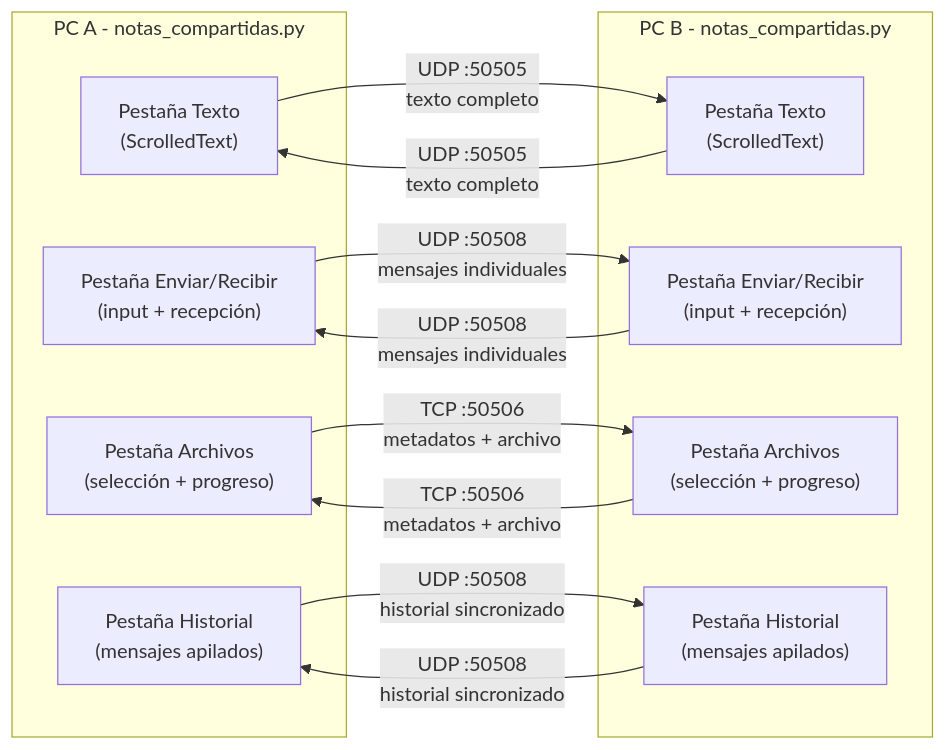
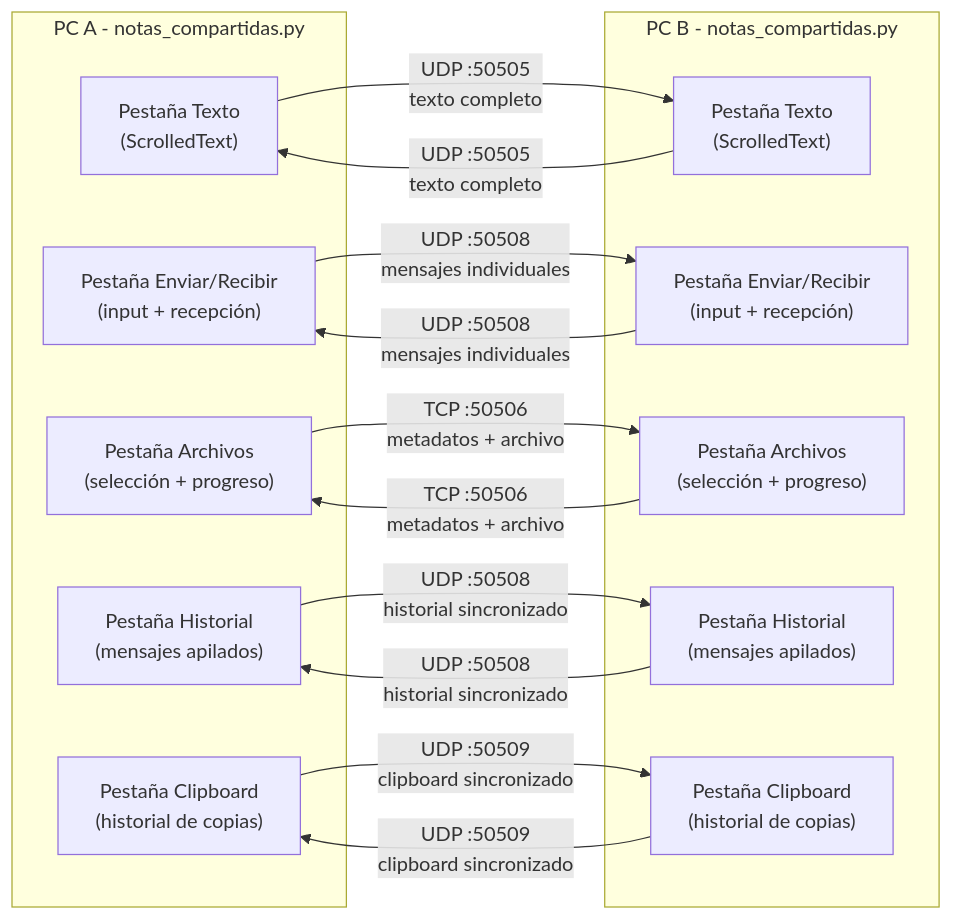
One commit to MauricioBelforte/compartidor-local changed the first of 2 diagrams in DOCUMENTACION/2-DOCUMENTO-DISENO-ACTUAL.md. Above: the diagram before and after it, drawn with Mermaid. The commit also changed other lines of this file and 16 other files, not shown here.

First line of the commit message:
Se implementó historial de clipboard con monitoreo automático

````diff
--- a/DOCUMENTACION/2-DOCUMENTO-DISENO-ACTUAL.md
+++ b/DOCUMENTACION/2-DOCUMENTO-DISENO-ACTUAL.md
@@ -11,23 +12,27 @@
 ```mermaid
 flowchart LR
     subgraph PC_A["PC A - notas_compartidas.py"]
         T1["Pestaña Texto<br/>(ScrolledText)"]
         M1["Pestaña Enviar/Recibir<br/>(input + recepción)"]
         A1["Pestaña Archivos<br/>(selección + progreso)"]
         H1["Pestaña Historial<br/>(mensajes apilados)"]
+        C1["Pestaña Clipboard<br/>(historial de copias)"]
     end
     subgraph PC_B["PC B - notas_compartidas.py"]
         T2["Pestaña Texto<br/>(ScrolledText)"]
         M2["Pestaña Enviar/Recibir<br/>(input + recepción)"]
         A2["Pestaña Archivos<br/>(selección + progreso)"]
         H2["Pestaña Historial<br/>(mensajes apilados)"]
+        C2["Pestaña Clipboard<br/>(historial de copias)"]
     end
     T1 -- "UDP :50505<br/>texto completo" --> T2
     T2 -- "UDP :50505<br/>texto completo" --> T1
     M1 -- "UDP :50508<br/>mensajes individuales" --> M2
     M2 -- "UDP :50508<br/>mensajes individuales" --> M1
     H1 -- "UDP :50508<br/>historial sincronizado" --> H2
     H2 -- "UDP :50508<br/>historial sincronizado" --> H1
+    C1 -- "UDP :50509<br/>clipboard sincronizado" --> C2
+    C2 -- "UDP :50509<br/>clipboard sincronizado" --> C1
     A1 -- "TCP :50506<br/>metadatos + archivo" --> A2
     A2 -- "TCP :50506<br/>metadatos + archivo" --> A1
 ```
````
